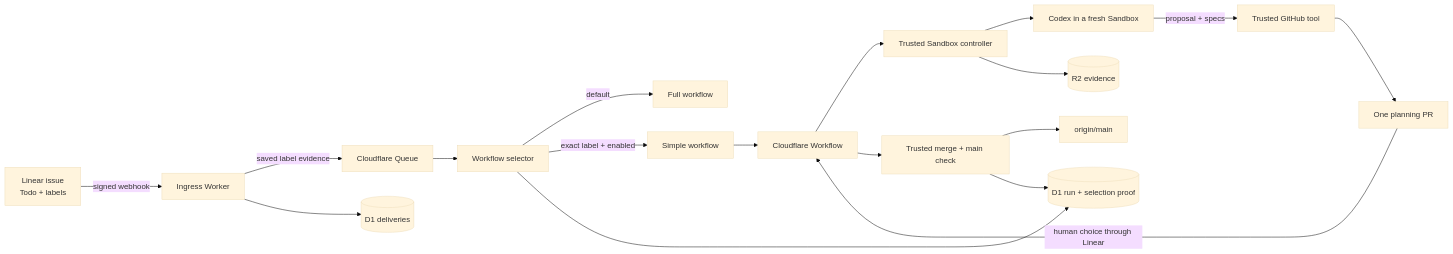
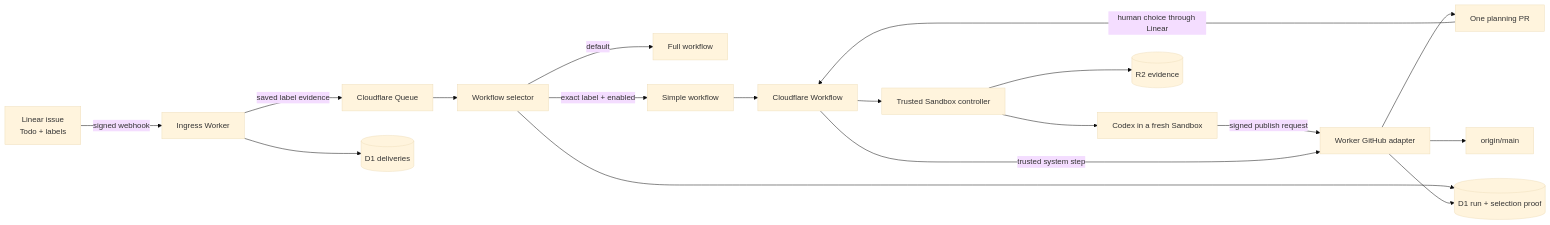
One commit to sachinkundu/deos changed the first of 2 diagrams in openspec/changes/simplify-to-planning-pr-workflow/design.md. Above: the diagram before and after it, drawn with Mermaid (base theme). The commit also changed other lines of this file, not shown here.

Commit message:
docs(openspec): clarify workflow files and GitHub actions

````diff
--- a/openspec/changes/simplify-to-planning-pr-workflow/design.md
+++ b/openspec/changes/simplify-to-planning-pr-workflow/design.md
@@ -48,20 +48,20 @@
 ```mermaid
 flowchart LR
     L[Linear issue<br/>Todo + labels] -->|signed webhook| I[Ingress Worker]
     I -->|saved label evidence| Q[Cloudflare Queue]
     I --> D[(D1 deliveries)]
     Q --> S[Workflow selector]
     S -->|default| F[Full workflow]
     S -->|exact label + enabled| P[Simple workflow]
     S --> R[(D1 run + selection proof)]
     P --> W[Cloudflare Workflow]
     W --> C[Trusted Sandbox controller]
     C --> X[Codex in a fresh Sandbox]
-    X -->|proposal + specs| G[Trusted GitHub tool]
+    X -->|signed publish request| G[Worker GitHub adapter]
     G --> PR[One planning PR]
     C --> E[(R2 evidence)]
     PR -->|human choice through Linear| W
-    W --> M[Trusted merge + main check]
-    M --> MAIN[origin/main]
-    M --> R
+    W -->|trusted system step| G
+    G --> MAIN[origin/main]
+    G --> R
 ```
````
